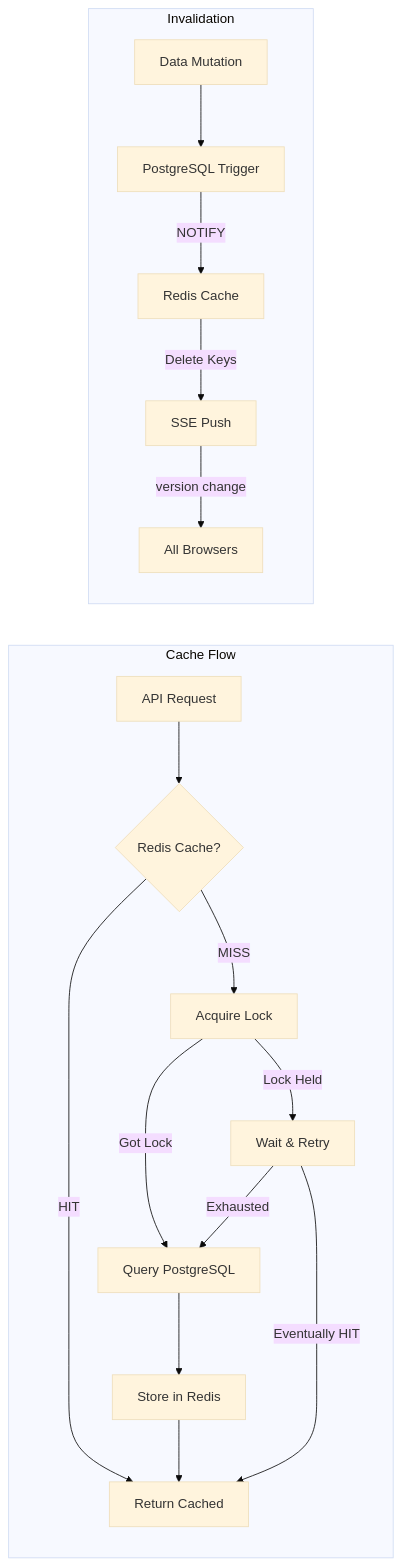
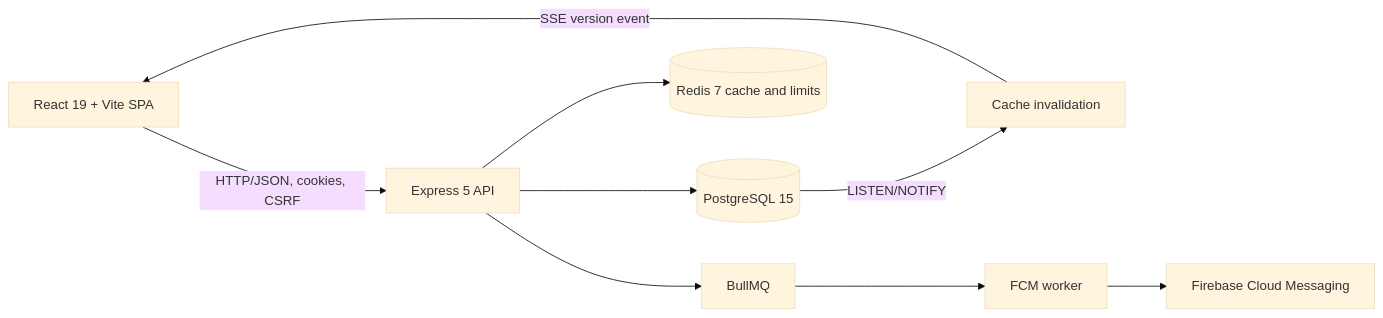
The diagram in docs/architecture.md (cauvang32/tennisranking), drawn with Mermaid (base theme) before and after one commit. The commit also changed other lines of this file and 160 other files, not shown here.

````diff
--- a/docs/architecture.md
+++ b/docs/architecture.md
@@ -135,21 +5,11 @@
 ```mermaid
 graph LR
-    subgraph "Cache Flow"
-        A[API Request] --> B{Redis Cache?}
-        B -->|HIT| C[Return Cached]
-        B -->|MISS| D[Acquire Lock]
-        D -->|Got Lock| E[Query PostgreSQL]
-        E --> F[Store in Redis]
-        F --> C
-        D -->|Lock Held| G[Wait & Retry]
-        G -->|Eventually HIT| C
-        G -->|Exhausted| E
-    end
-
-    subgraph "Invalidation"
-        H[Data Mutation] --> I[PostgreSQL Trigger]
-        I -->|NOTIFY| J[Redis Cache]
-        J -->|Delete Keys| K[SSE Push]
-        K -->|version change| L[All Browsers]
-    end
+    Browser[React 19 + Vite SPA] -->|HTTP/JSON, cookies, CSRF| API[Express 5 API]
+    API --> PG[(PostgreSQL 15)]
+    API --> Redis[(Redis 7 cache and limits)]
+    PG -->|LISTEN/NOTIFY| Cache[Cache invalidation]
+    Cache -->|SSE version event| Browser
+    API --> Queue[BullMQ]
+    Queue --> Worker[FCM worker]
+    Worker --> Firebase[Firebase Cloud Messaging]
 ```
````
